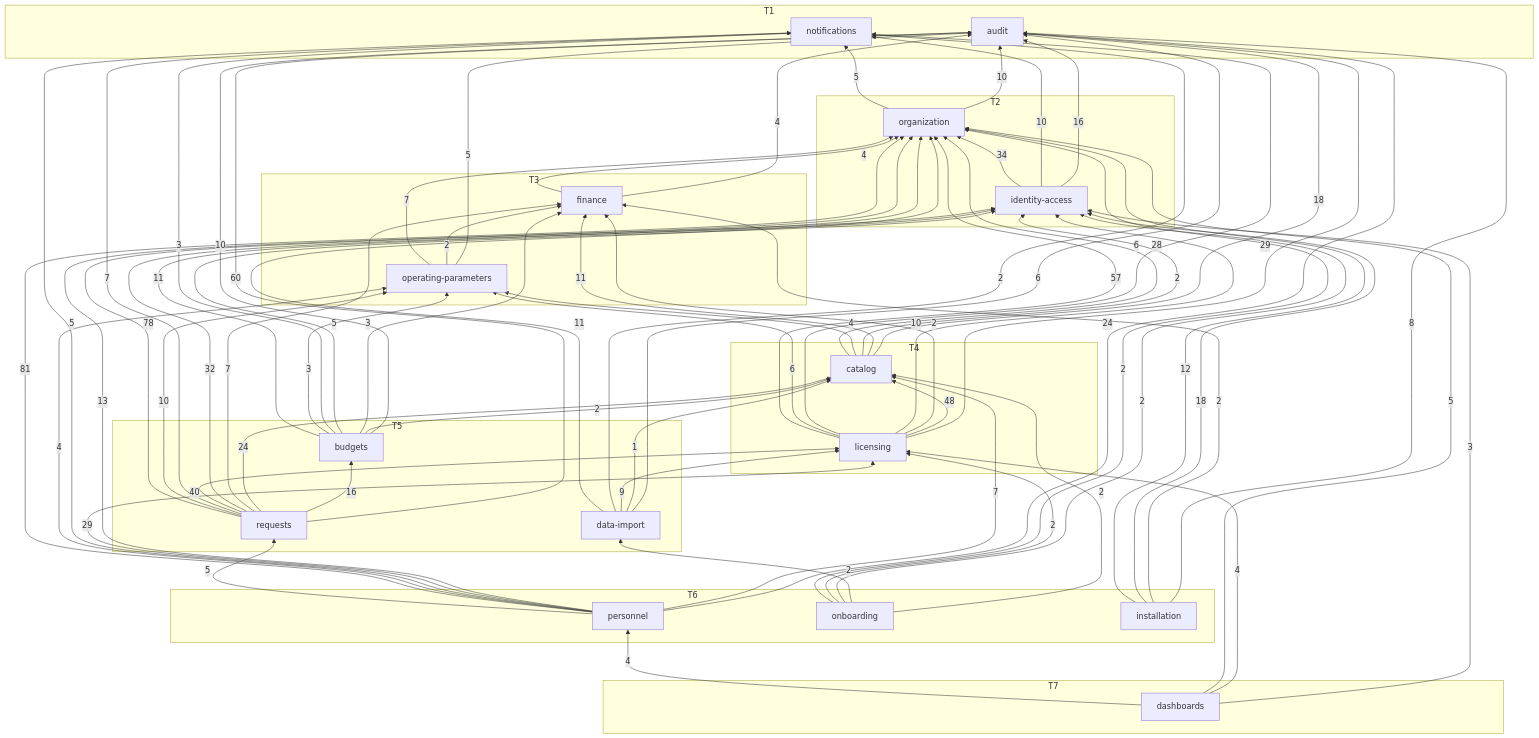
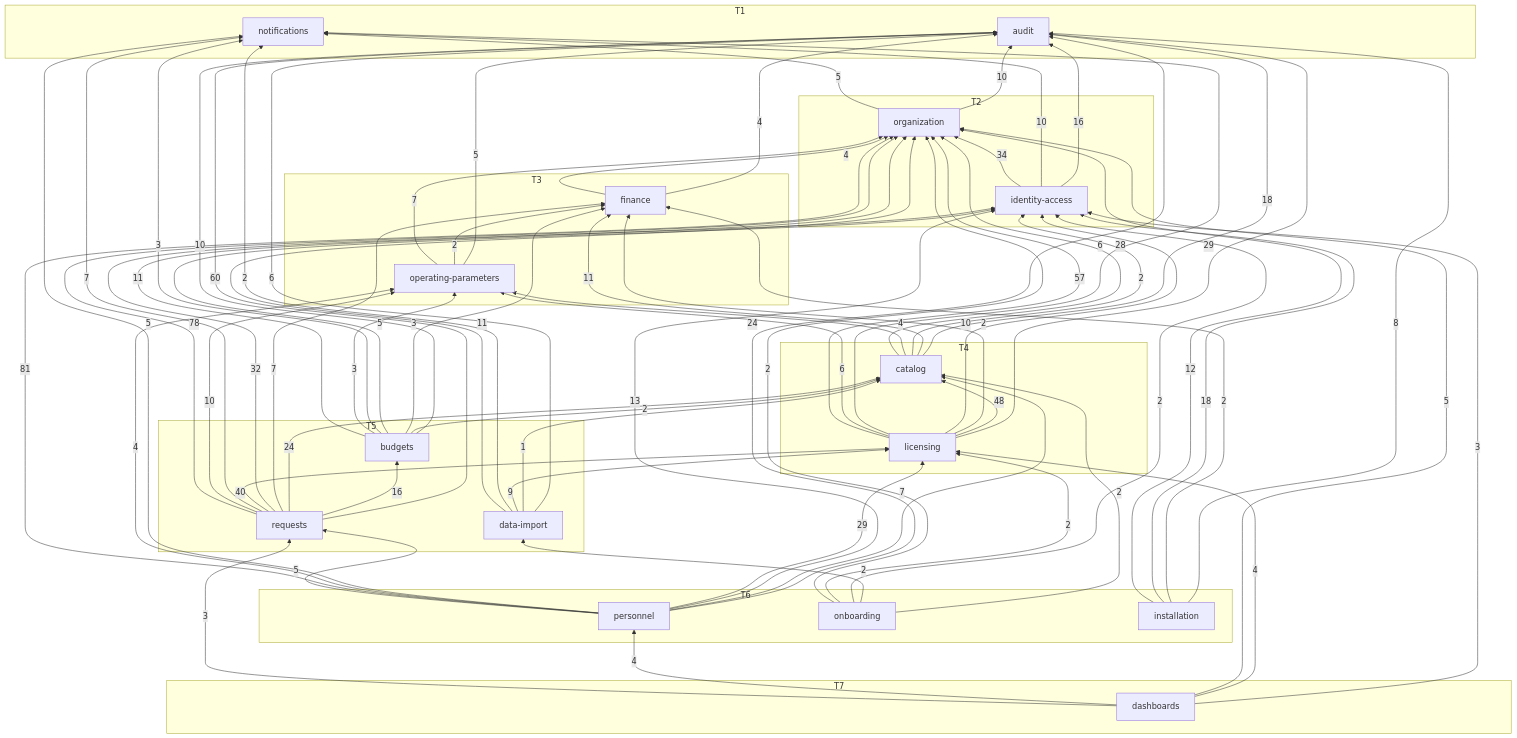
The diagram in docs/generated/module-graph.md (SEP490-FALL2026/BE-dev), drawn with Mermaid before and after one commit. The commit also changed other lines of this file and 17 other files, not shown here.

```diff
--- a/docs/generated/module-graph.md
+++ b/docs/generated/module-graph.md
@@ -50,6 +50,7 @@
   dashboards -->|4| licensing
   dashboards -->|5| organization
   dashboards -->|4| personnel
+  dashboards -->|3| requests
   data_import -->|6| audit
   data_import -->|1| catalog
   data_import -->|9| licensing
```
